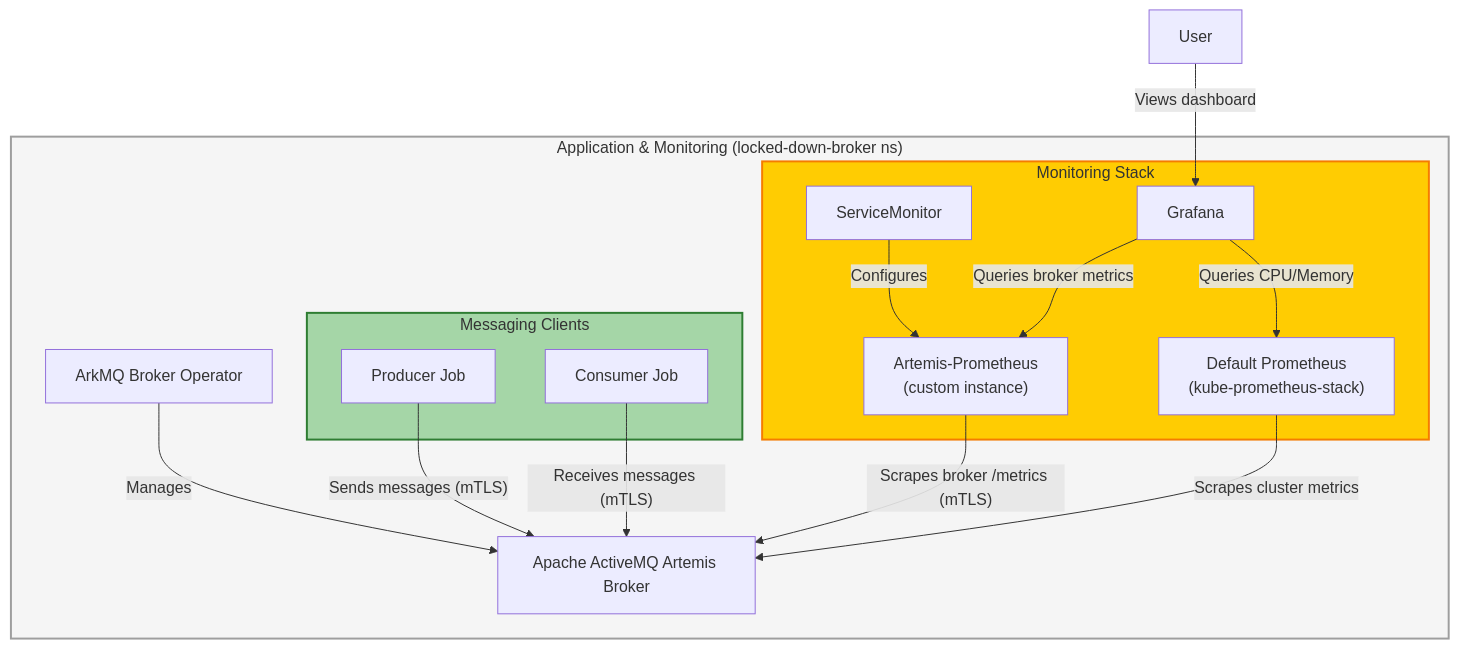
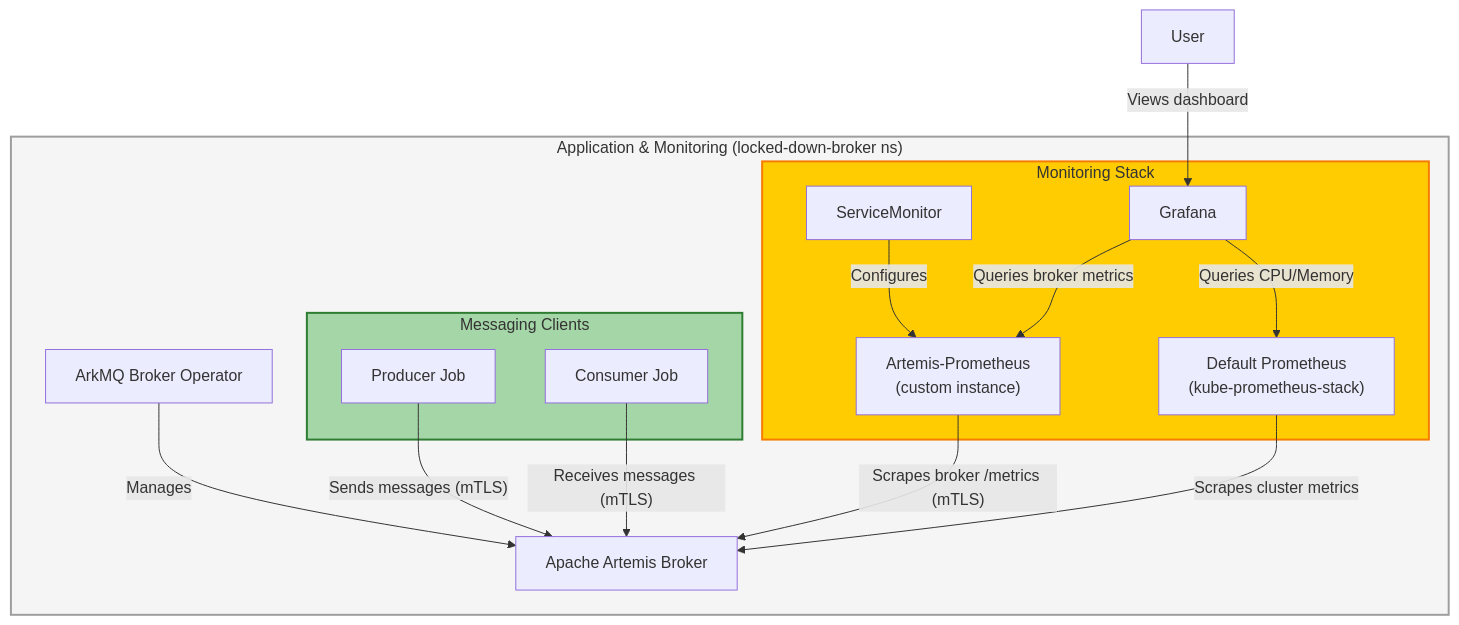
One commit to rh-messaging/activemq-artemis-operator changed the second of 2 diagrams in docs/tutorials/prometheus_locked_down.md. Above: the diagram before and after it, drawn with Mermaid. The commit also changed other lines of this file and 35 other files, not shown here.

Commit message:
[#1330] Update Apache Artemis references

````diff
--- a/docs/tutorials/prometheus_locked_down.md
+++ b/docs/tutorials/prometheus_locked_down.md
@@ -110,34 +110,34 @@
 ```mermaid
 graph TD
     subgraph app_monitoring ["Application & Monitoring (locked-down-broker ns)"]
         Operator["ArkMQ Broker Operator"]
-        ArtemisBroker["Apache ActiveMQ Artemis Broker"]
+        ArtemisBroker["Apache Artemis Broker"]
 
         subgraph messaging_clients ["Messaging Clients"]
             Producer["Producer Job"]
             Consumer["Consumer Job"]
         end
 
         subgraph monitoring_stack ["Monitoring Stack"]
             DefaultProm["Default Prometheus<br/>(kube-prometheus-stack)"]
             ArtemisProm["Artemis-Prometheus<br/>(custom instance)"]
             ServiceMonitor["ServiceMonitor"]
             Grafana["Grafana"]
         end
     end
 
     Operator -->|"Manages"| ArtemisBroker
     Producer -->|"Sends messages (mTLS)"| ArtemisBroker
     Consumer -->|"Receives messages (mTLS)"| ArtemisBroker
     ServiceMonitor -->|"Configures"| ArtemisProm
     ArtemisProm -->|"Scrapes broker /metrics (mTLS)"| ArtemisBroker
     DefaultProm -->|"Scrapes cluster metrics"| ArtemisBroker
     Grafana -->|"Queries broker metrics"| ArtemisProm
     Grafana -->|"Queries CPU/Memory"| DefaultProm
 
     style app_monitoring fill:#f5f5f5,stroke:#9e9e9e,stroke-width:2px
     style messaging_clients fill:#a5d6a7,stroke:#2e7d32,stroke-width:2px
     style monitoring_stack fill:#ffcc02,stroke:#f57c00,stroke-width:2px
 
     User["User"] -->|"Views dashboard"| Grafana
 ```
````
